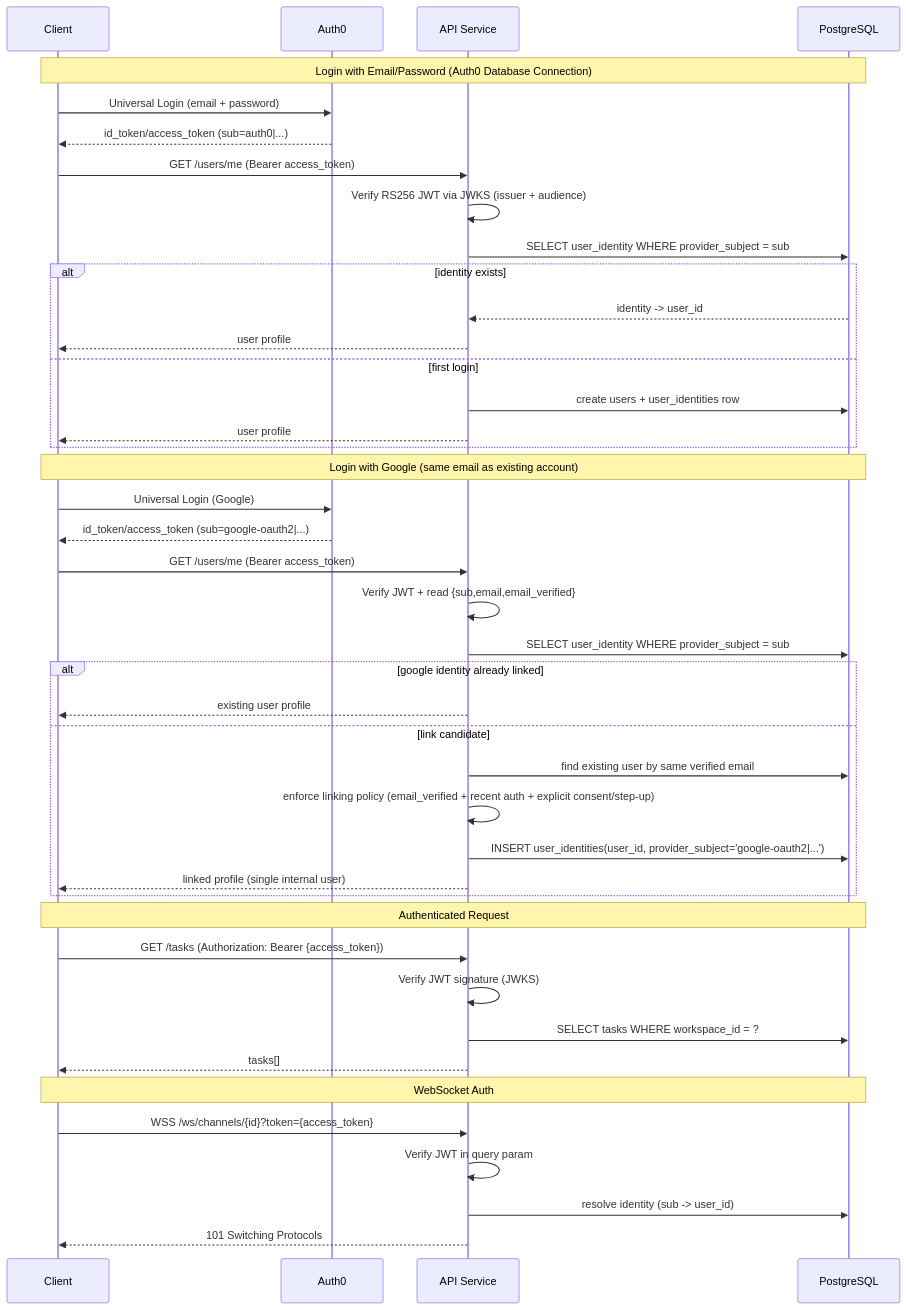
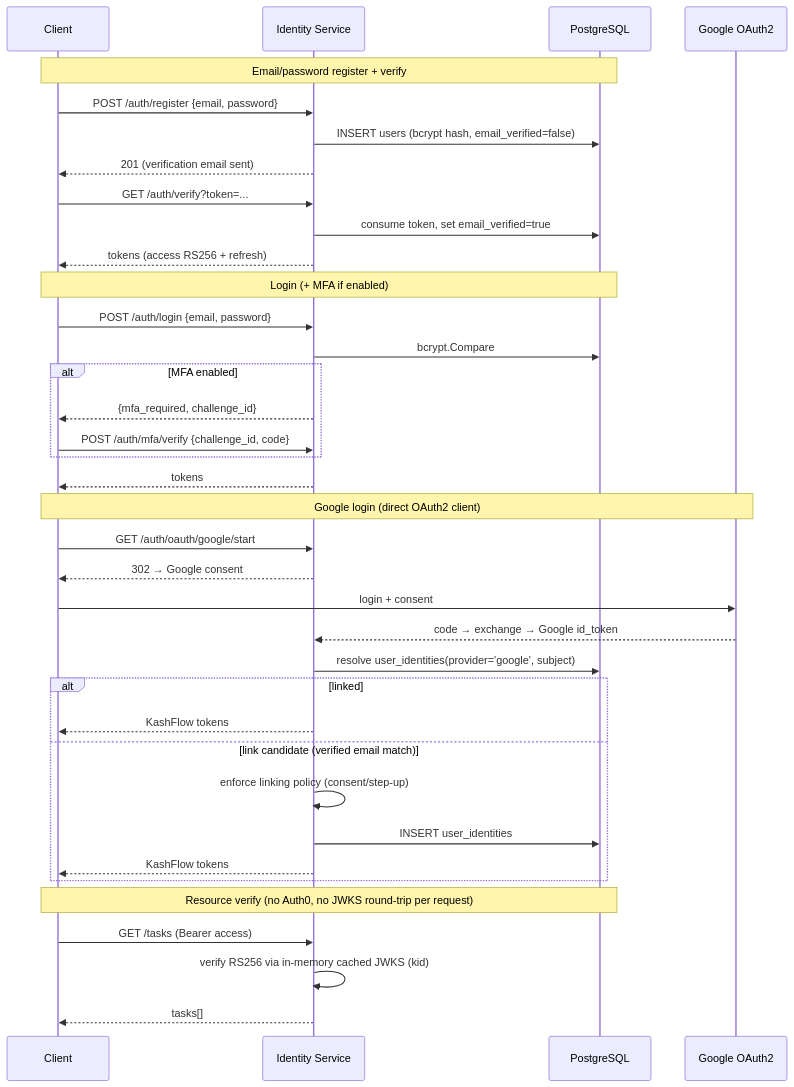
The fifth of 6 diagrams in docs/architecture.md (Kash4299/todo-chat-app), drawn with Mermaid before and after one commit. The commit also changed other lines of this file and 27 other files, not shown here.

````diff
--- a/docs/architecture.md
+++ b/docs/architecture.md
@@ -290,48 +384,43 @@
 ```mermaid
 sequenceDiagram
     participant C as Client
-    participant A0 as Auth0
-    participant API as API Service
+    participant ID as Identity Service
     participant PG as PostgreSQL
+    participant G as Google OAuth2
 
-    Note over C,PG: Login with Email/Password (Auth0 Database Connection)
-    C->>A0: Universal Login (email + password)
-    A0-->>C: id_token/access_token (sub=auth0|...)
-    C->>API: GET /users/me (Bearer access_token)
-    API->>API: Verify RS256 JWT via JWKS (issuer + audience)
-    API->>PG: SELECT user_identity WHERE provider_subject = sub
-    alt identity exists
-        PG-->>API: identity -> user_id
-        API-->>C: user profile
-    else first login
-        API->>PG: create users + user_identities row
-        API-->>C: user profile
+    Note over C,PG: Email/password register + verify
+    C->>ID: POST /auth/register {email, password}
+    ID->>PG: INSERT users (bcrypt hash, email_verified=false)
+    ID-->>C: 201 (verification email sent)
+    C->>ID: GET /auth/verify?token=...
+    ID->>PG: consume token, set email_verified=true
+    ID-->>C: tokens (access RS256 + refresh)
+
+    Note over C,PG: Login (+ MFA if enabled)
+    C->>ID: POST /auth/login {email, password}
+    ID->>PG: bcrypt.Compare
+    alt MFA enabled
+        ID-->>C: {mfa_required, challenge_id}
+        C->>ID: POST /auth/mfa/verify {challenge_id, code}
+    end
+    ID-->>C: tokens
+
+    Note over C,G: Google login (direct OAuth2 client)
+    C->>ID: GET /auth/oauth/google/start
+    ID-->>C: 302 → Google consent
+    C->>G: login + consent
+    G-->>ID: code → exchange → Google id_token
+    ID->>PG: resolve user_identities(provider='google', subject)
+    alt linked
+        ID-->>C: KashFlow tokens
+    else link candidate (verified email match)
+        ID->>ID: enforce linking policy (consent/step-up)
+        ID->>PG: INSERT user_identities
+        ID-->>C: KashFlow tokens
     end
 
-    Note over C,PG: Login with Google (same email as existing account)
-    C->>A0: Universal Login (Google)
-    A0-->>C: id_token/access_token (sub=google-oauth2|...)
-    C->>API: GET /users/me (Bearer access_token)
-    API->>API: Verify JWT + read {sub,email,email_verified}
-    API->>PG: SELECT user_identity WHERE provider_subject = sub
-    alt google identity already linked
-        API-->>C: existing user profile
-    else link candidate
-        API->>PG: find existing user by same verified email
-        API->>API: enforce linking policy (email_verified + recent auth + explicit consent/step-up)
-        API->>PG: INSERT user_identities(user_id, provider_subject='google-oauth2|...')
-        API-->>C: linked profile (single internal user)
-    end
-
-    Note over C,PG: Authenticated Request
-    C->>API: GET /tasks (Authorization: Bearer {access_token})
-    API->>API: Verify JWT signature (JWKS)
-    API->>PG: SELECT tasks WHERE workspace_id = ?
-    API-->>C: tasks[]
-
-    Note over C,PG: WebSocket Auth
-    C->>API: WSS /ws/channels/{id}?token={access_token}
-    API->>API: Verify JWT in query param
-    API->>PG: resolve identity (sub -> user_id)
-    API-->>C: 101 Switching Protocols
+    Note over C,PG: Resource verify (no Auth0, no JWKS round-trip per request)
+    C->>ID: GET /tasks (Bearer access)
+    ID->>ID: verify RS256 via in-memory cached JWKS (kid)
+    ID-->>C: tasks[]
 ```
````
